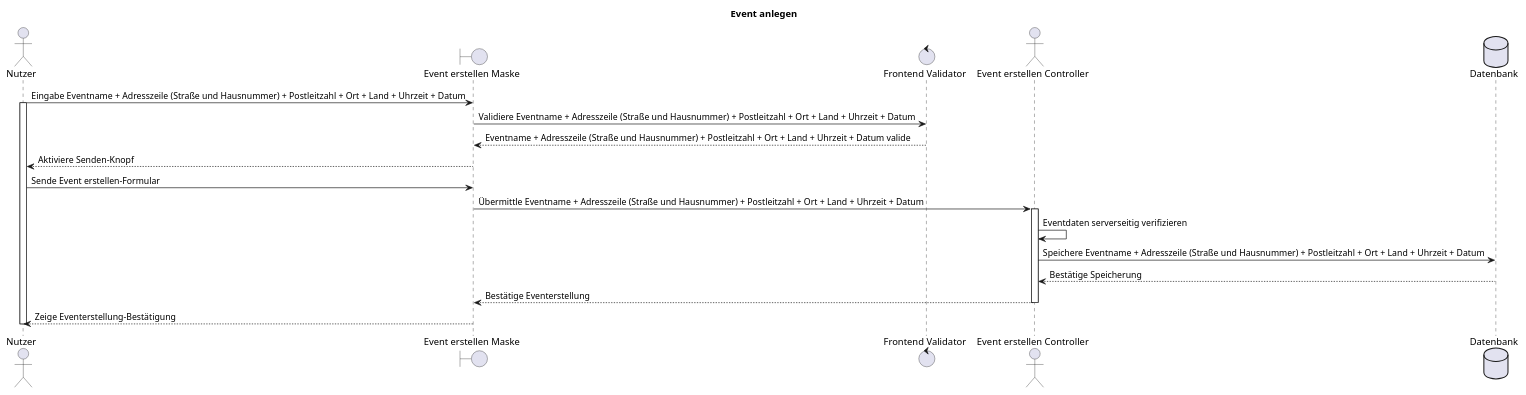
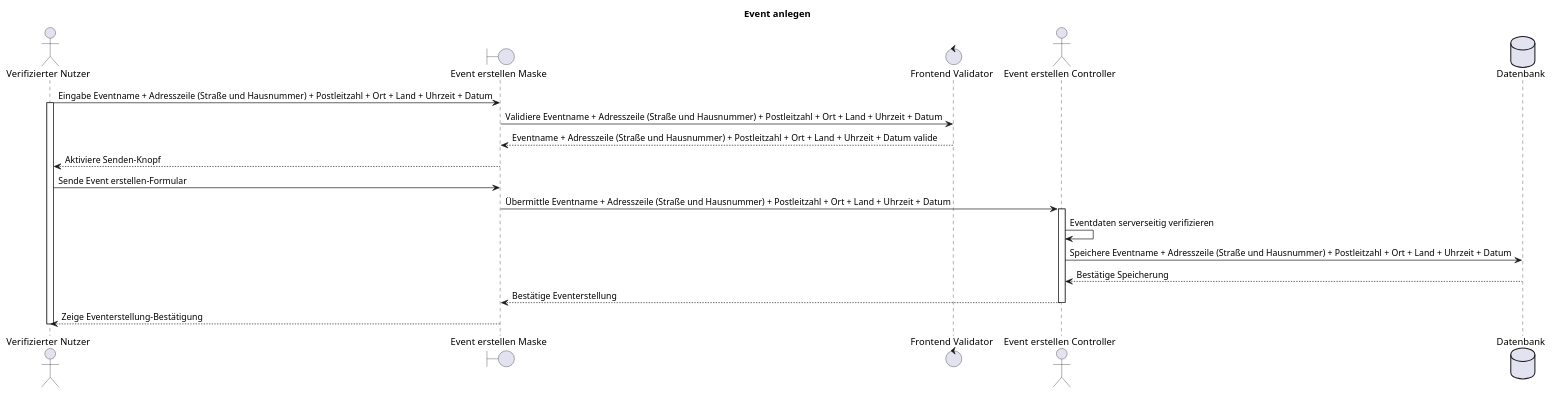
Before and after one commit to party-time-2/party-time: the diagram in docs/F001/F001_eventAnlegen_seq.plantuml, drawn with PlantUML. The commit also changed 1 other file, not shown here.

Commit message:
f001 seq diagram: change "Verifizierter Nutzer"

```diff
--- a/docs/F001/F001_eventAnlegen_seq.plantuml
+++ b/docs/F001/F001_eventAnlegen_seq.plantuml
@@ -1,27 +1,27 @@
 @startuml F001_eventAnlegen_seq
 title "Event anlegen"
 
-actor "Nutzer" as user
+actor "Verifizierter Nutzer" as user
 boundary "Event erstellen Maske" as createEvent
 control "Frontend Validator" as frontValid
 actor "Event erstellen Controller" as controller
 database "Datenbank" as db
 
 user -> createEvent: Eingabe Eventname + Adresszeile (Straße und Hausnummer) + Postleitzahl + Ort + Land + Uhrzeit + Datum
 activate user
 createEvent -> frontValid: Validiere Eventname + Adresszeile (Straße und Hausnummer) + Postleitzahl + Ort + Land + Uhrzeit + Datum
 createEvent <-- frontValid: Eventname + Adresszeile (Straße und Hausnummer) + Postleitzahl + Ort + Land + Uhrzeit + Datum valide
 user <-- createEvent: Aktiviere Senden-Knopf
 user -> createEvent: Sende Event erstellen-Formular
 
 createEvent -> controller: Übermittle Eventname + Adresszeile (Straße und Hausnummer) + Postleitzahl + Ort + Land + Uhrzeit + Datum
 activate controller
 controller -> controller: Eventdaten serverseitig verifizieren
 controller -> db: Speichere Eventname + Adresszeile (Straße und Hausnummer) + Postleitzahl + Ort + Land + Uhrzeit + Datum
 controller <-- db: Bestätige Speicherung
 createEvent <-- controller: Bestätige Eventerstellung
 deactivate controller
 
 user <-- createEvent: Zeige Eventerstellung-Bestätigung
 deactivate user
 @enduml
```
